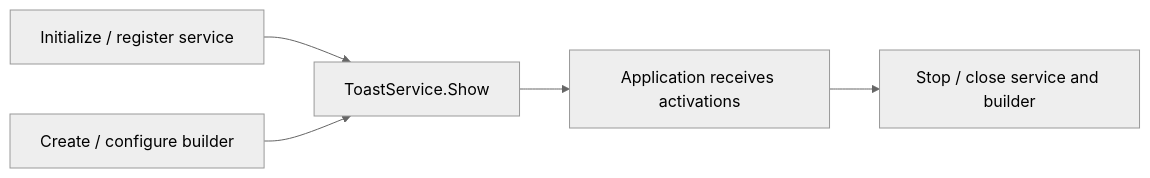
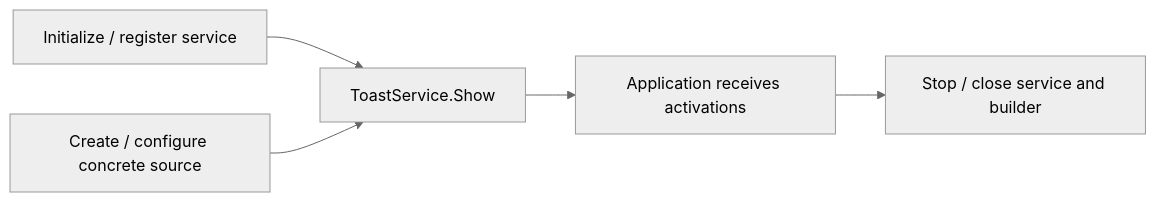
The diagram in Sources/docs/reference/toastservice/show.md (loicwoh/ToastNotifications), drawn with Mermaid (neutral theme) before and after one commit. The commit also changed other lines of this file and 61 other files, not shown here.

````diff
--- a/Sources/docs/reference/toastservice/show.md
+++ b/Sources/docs/reference/toastservice/show.md
@@ -20,9 +20,9 @@
 ```mermaid
 flowchart LR
     accTitle: Display composed content through the service
     accDescr: Service initialization and registration join the configured builder at Show. The application then waits for activations and closes its resources after stopping reception.
     I[Initialize / register service] --> S[ToastService.Show]
-    B[Create / configure builder] --> S
+    B[Create / configure concrete source] --> S
     S --> W[Application receives activations]
     W --> C[Stop / close service and builder]
 ```
````
